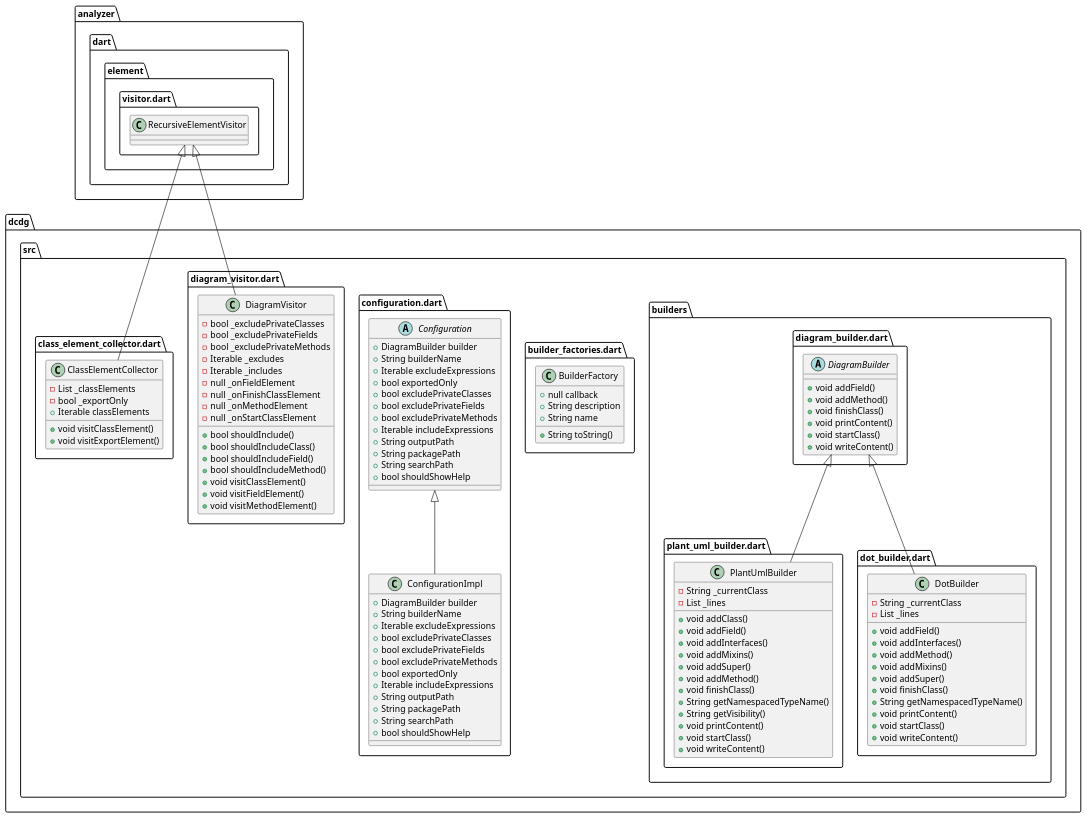
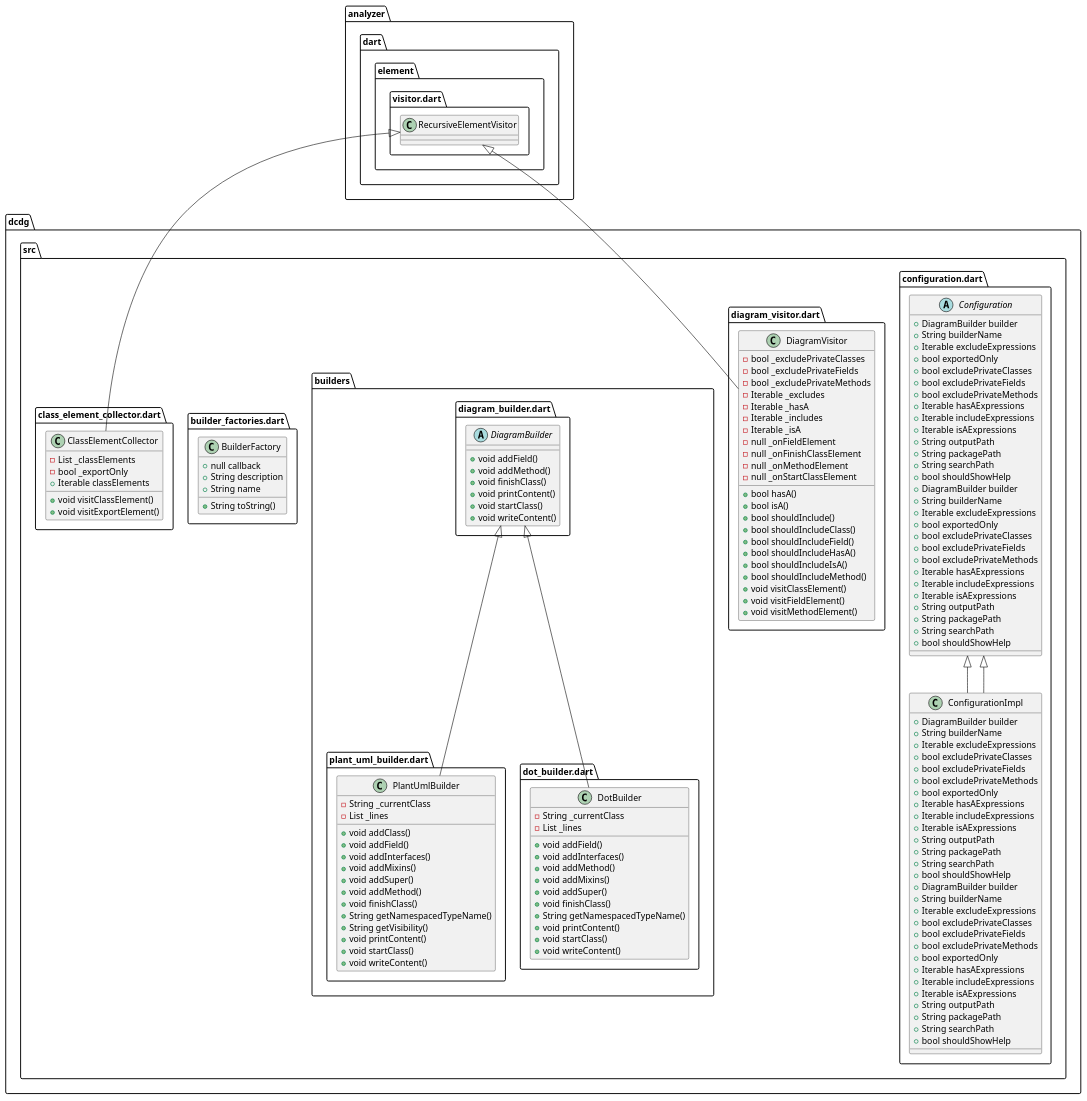
Before and after one commit to glesica/dcdg.dart: the diagram in example/dcdg.puml, drawn with PlantUML. The commit also changed 4 other files, not shown here.

```diff
--- a/example/dcdg.puml
+++ b/example/dcdg.puml
@@ -1,130 +1,179 @@
 @startuml
 set namespaceSeparator ::
+
+abstract class dcdg::src::configuration.dart::Configuration {
+  +DiagramBuilder builder
+  +String builderName
+  +Iterable excludeExpressions
+  +bool exportedOnly
+  +bool excludePrivateClasses
+  +bool excludePrivateFields
+  +bool excludePrivateMethods
+  +Iterable hasAExpressions
+  +Iterable includeExpressions
+  +Iterable isAExpressions
+  +String outputPath
+  +String packagePath
+  +String searchPath
+  +bool shouldShowHelp
+}
+
+
+
+class dcdg::src::configuration.dart::ConfigurationImpl {
+  +DiagramBuilder builder
+  +String builderName
+  +Iterable excludeExpressions
+  +bool excludePrivateClasses
+  +bool excludePrivateFields
+  +bool excludePrivateMethods
+  +bool exportedOnly
+  +Iterable hasAExpressions
+  +Iterable includeExpressions
+  +Iterable isAExpressions
+  +String outputPath
+  +String packagePath
+  +String searchPath
+  +bool shouldShowHelp
+}
+
+dcdg::src::configuration.dart::Configuration <|-- dcdg::src::configuration.dart::ConfigurationImpl
+
+
+abstract class dcdg::src::configuration.dart::Configuration {
+  +DiagramBuilder builder
+  +String builderName
+  +Iterable excludeExpressions
+  +bool exportedOnly
+  +bool excludePrivateClasses
+  +bool excludePrivateFields
+  +bool excludePrivateMethods
+  +Iterable hasAExpressions
+  +Iterable includeExpressions
+  +Iterable isAExpressions
+  +String outputPath
+  +String packagePath
+  +String searchPath
+  +bool shouldShowHelp
+}
+
+
+
+class dcdg::src::configuration.dart::ConfigurationImpl {
+  +DiagramBuilder builder
+  +String builderName
+  +Iterable excludeExpressions
+  +bool excludePrivateClasses
+  +bool excludePrivateFields
+  +bool excludePrivateMethods
+  +bool exportedOnly
+  +Iterable hasAExpressions
+  +Iterable includeExpressions
+  +Iterable isAExpressions
+  +String outputPath
+  +String packagePath
+  +String searchPath
+  +bool shouldShowHelp
+}
+
+dcdg::src::configuration.dart::Configuration <|-- dcdg::src::configuration.dart::ConfigurationImpl
+
+
+class dcdg::src::diagram_visitor.dart::DiagramVisitor {
+  -bool _excludePrivateClasses
+  -bool _excludePrivateFields
+  -bool _excludePrivateMethods
+  -Iterable _excludes
+  -Iterable _hasA
+  -Iterable _includes
+  -Iterable _isA
+  -null _onFieldElement
+  -null _onFinishClassElement
+  -null _onMethodElement
+  -null _onStartClassElement
+  +bool hasA()
+  +bool isA()
+  +bool shouldInclude()
+  +bool shouldIncludeClass()
+  +bool shouldIncludeField()
+  +bool shouldIncludeHasA()
+  +bool shouldIncludeIsA()
+  +bool shouldIncludeMethod()
+  +void visitClassElement()
+  +void visitFieldElement()
+  +void visitMethodElement()
+}
+
+analyzer::dart::element::visitor.dart::RecursiveElementVisitor <|-- dcdg::src::diagram_visitor.dart::DiagramVisitor
+
 
 class dcdg::src::builders::plant_uml_builder.dart::PlantUmlBuilder {
   -String _currentClass
   -List _lines
   +void addClass()
   +void addField()
   +void addInterfaces()
   +void addMixins()
   +void addSuper()
   +void addMethod()
   +void finishClass()
   +String getNamespacedTypeName()
   +String getVisibility()
   +void printContent()
   +void startClass()
   +void writeContent()
 }
 
 dcdg::src::builders::diagram_builder.dart::DiagramBuilder <|-- dcdg::src::builders::plant_uml_builder.dart::PlantUmlBuilder
 
 
 class dcdg::src::builders::dot_builder.dart::DotBuilder {
   -String _currentClass
   -List _lines
   +void addField()
   +void addInterfaces()
   +void addMethod()
   +void addMixins()
   +void addSuper()
   +void finishClass()
   +String getNamespacedTypeName()
   +void printContent()
   +void startClass()
   +void writeContent()
 }
 
 dcdg::src::builders::diagram_builder.dart::DiagramBuilder <|-- dcdg::src::builders::dot_builder.dart::DotBuilder
 
 
 abstract class dcdg::src::builders::diagram_builder.dart::DiagramBuilder {
   +void addField()
   +void addMethod()
   +void finishClass()
   +void printContent()
   +void startClass()
   +void writeContent()
 }
 
 
 
 class dcdg::src::builder_factories.dart::BuilderFactory {
   +null callback
   +String description
   +String name
   +String toString()
 }
 
 
 
-abstract class dcdg::src::configuration.dart::Configuration {
-  +DiagramBuilder builder
-  +String builderName
-  +Iterable excludeExpressions
-  +bool exportedOnly
-  +bool excludePrivateClasses
-  +bool excludePrivateFields
-  +bool excludePrivateMethods
-  +Iterable includeExpressions
-  +String outputPath
-  +String packagePath
-  +String searchPath
-  +bool shouldShowHelp
-}
-
-
-
-class dcdg::src::configuration.dart::ConfigurationImpl {
-  +DiagramBuilder builder
-  +String builderName
-  +Iterable excludeExpressions
-  +bool excludePrivateClasses
-  +bool excludePrivateFields
-  +bool excludePrivateMethods
-  +bool exportedOnly
-  +Iterable includeExpressions
-  +String outputPath
-  +String packagePath
-  +String searchPath
-  +bool shouldShowHelp
-}
-
-dcdg::src::configuration.dart::Configuration <|-- dcdg::src::configuration.dart::ConfigurationImpl
-
-
-class dcdg::src::diagram_visitor.dart::DiagramVisitor {
-  -bool _excludePrivateClasses
-  -bool _excludePrivateFields
-  -bool _excludePrivateMethods
-  -Iterable _excludes
-  -Iterable _includes
-  -null _onFieldElement
-  -null _onFinishClassElement
-  -null _onMethodElement
-  -null _onStartClassElement
-  +bool shouldInclude()
-  +bool shouldIncludeClass()
-  +bool shouldIncludeField()
-  +bool shouldIncludeMethod()
-  +void visitClassElement()
-  +void visitFieldElement()
-  +void visitMethodElement()
-}
-
-analyzer::dart::element::visitor.dart::RecursiveElementVisitor <|-- dcdg::src::diagram_visitor.dart::DiagramVisitor
-
-
 class dcdg::src::class_element_collector.dart::ClassElementCollector {
   -List _classElements
   -bool _exportOnly
   +Iterable classElements
   +void visitClassElement()
   +void visitExportElement()
 }
 
 analyzer::dart::element::visitor.dart::RecursiveElementVisitor <|-- dcdg::src::class_element_collector.dart::ClassElementCollector
 
 
 @enduml
```
